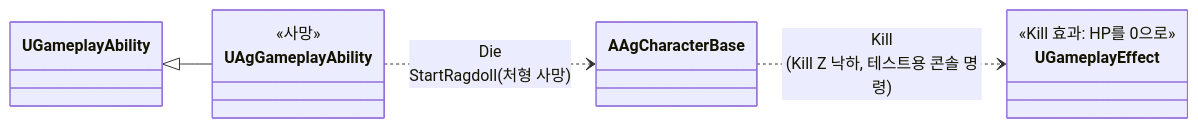
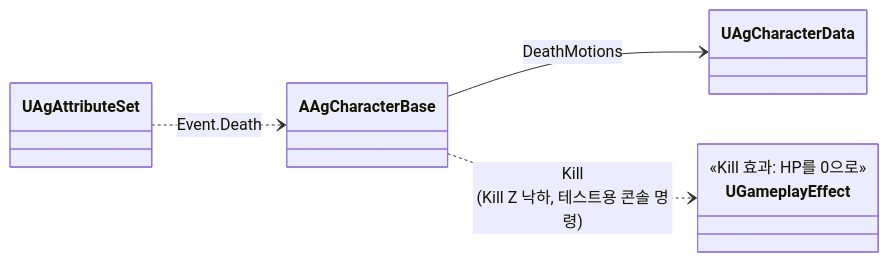
One commit to Woogl/Ag changed the first of 2 diagrams in Docs/Program/사망 처리.md. Above: the diagram before and after it, drawn with Mermaid. The commit also changed other lines of this file and 15 other files, not shown here.

````diff
--- a/Docs/Program/사망 처리.md
+++ b/Docs/Program/사망 처리.md
@@ -21,14 +22,10 @@
 ```mermaid
 classDiagram
     direction LR
-    class UAgGameplayAbility {
-        <<사망>>
-    }
     class UGameplayEffect {
         <<Kill 효과: HP를 0으로>>
     }
-    UGameplayAbility <|-- UAgGameplayAbility
-
-    UAgGameplayAbility ..> AAgCharacterBase : Die<br>StartRagdoll(처형 사망)
+    UAgAttributeSet ..> AAgCharacterBase : Event.Death
+    AAgCharacterBase --> UAgCharacterData : DeathMotions
     AAgCharacterBase ..> UGameplayEffect : Kill<br>(Kill Z 낙하, 테스트용 콘솔 명령)
 ```
````
